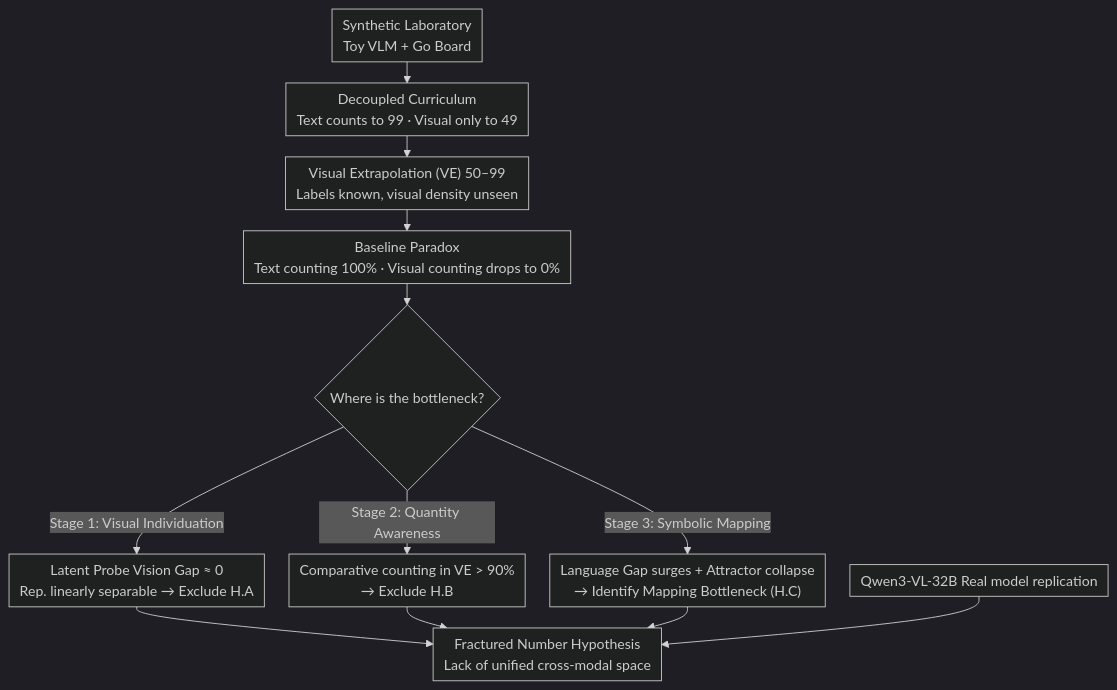
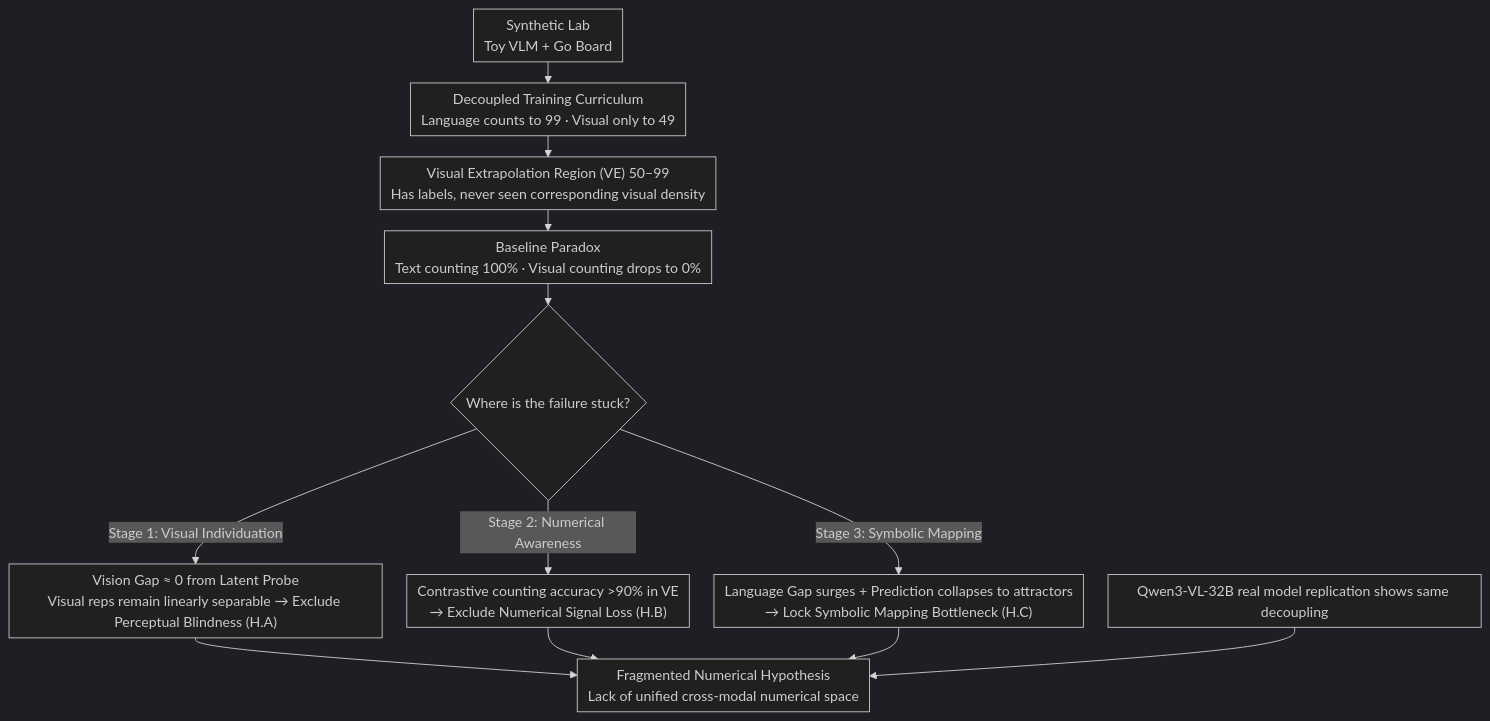
Before and after one commit to zhaoyang97/Paper-Notes-en: the diagram in docs/ICML2026/multimodal_vlm/unveiling_the_visual_counting_bottleneck_in_vision-language_models.md, drawn with Mermaid (dark theme). The commit also changed other lines of this file and 5084 other files, not shown here.

````diff
--- a/docs/ICML2026/multimodal_vlm/unveiling_the_visual_counting_bottleneck_in_vision-language_models.md
+++ b/docs/ICML2026/multimodal_vlm/unveiling_the_visual_counting_bottleneck_in_vision-language_models.md
@@ -43,15 +43,15 @@
 ```mermaid
 %%{init: {'flowchart': {'rankSpacing': 24, 'nodeSpacing': 28, 'padding': 6, 'wrappingWidth': 400}}}%%
 flowchart TD
-    A["Synthetic Laboratory<br/>Toy VLM + Go Board"] --> B["Decoupled Curriculum<br/>Text counts to 99 · Visual only to 49"]
-    B --> C["Visual Extrapolation (VE) 50–99<br/>Labels known, visual density unseen"]
+    A["Synthetic Lab<br/>Toy VLM + Go Board"] --> B["Decoupled Training Curriculum<br/>Language counts to 99 · Visual only to 49"]
+    B --> C["Visual Extrapolation Region (VE) 50–99<br/>Has labels, never seen corresponding visual density"]
     C --> D["Baseline Paradox<br/>Text counting 100% · Visual counting drops to 0%"]
-    D --> E{"Where is the bottleneck?"}
-    E -->|"Stage 1: Visual Individuation"| F["Latent Probe Vision Gap ≈ 0<br/>Rep. linearly separable → Exclude H.A"]
-    E -->|"Stage 2: Quantity Awareness"| G["Comparative counting in VE > 90%<br/>→ Exclude H.B"]
-    E -->|"Stage 3: Symbolic Mapping"| H["Language Gap surges + Attractor collapse<br/>→ Identify Mapping Bottleneck (H.C)"]
-    F --> I["Fractured Number Hypothesis<br/>Lack of unified cross-modal space"]
+    D --> E{"Where is the failure stuck?"}
+    E -->|"Stage 1: Visual Individuation"| F["Vision Gap ≈ 0 from Latent Probe<br/>Visual reps remain linearly separable → Exclude Perceptual Blindness (H.A)"]
+    E -->|"Stage 2: Numerical Awareness"| G["Contrastive counting accuracy >90% in VE<br/>→ Exclude Numerical Signal Loss (H.B)"]
+    E -->|"Stage 3: Symbolic Mapping"| H["Language Gap surges + Prediction collapses to attractors<br/>→ Lock Symbolic Mapping Bottleneck (H.C)"]
+    F --> I["Fragmented Numerical Hypothesis<br/>Lack of unified cross-modal numerical space"]
     G --> I
     H --> I
-    J["Qwen3-VL-32B Real model replication"] --> I
+    J["Qwen3-VL-32B real model replication shows same decoupling"] --> I
 ```
````
